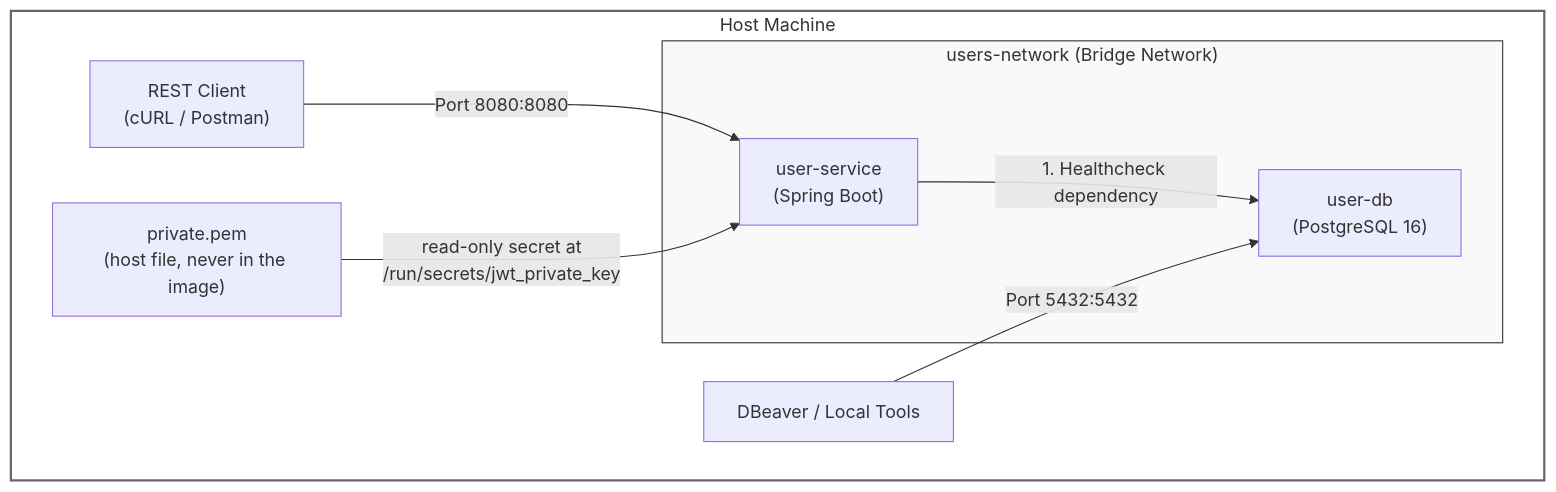
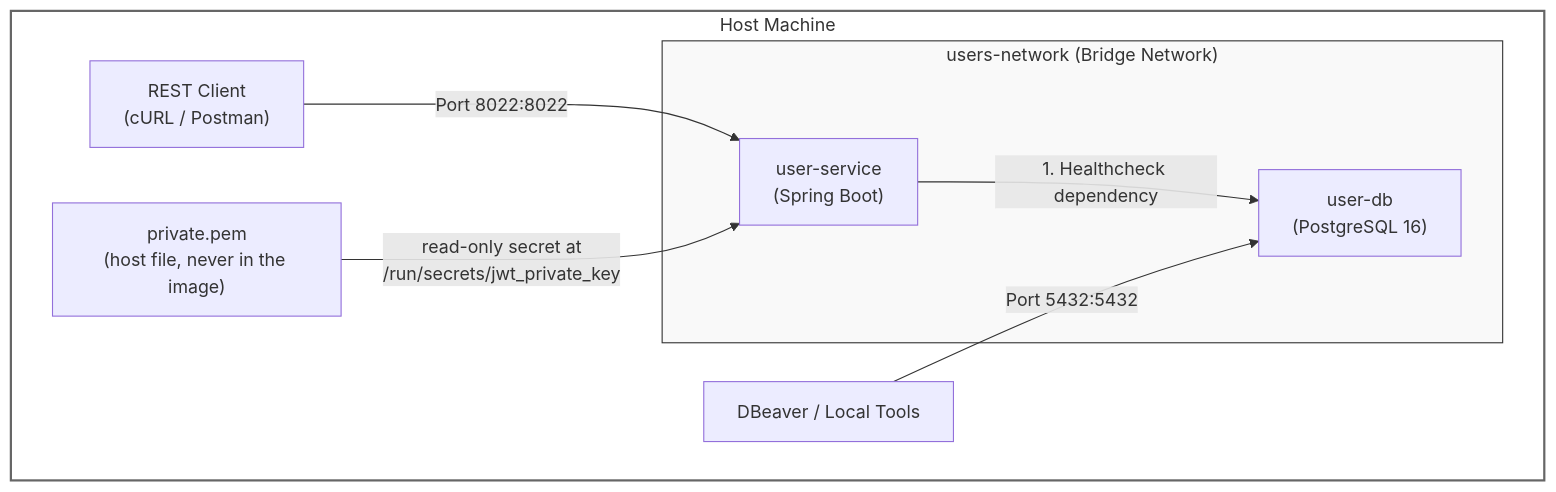
Before and after one commit to ensanguine2279/sctp-aie-m4-assignment-api-users: the diagram in README-docker-compose.md, drawn with Mermaid. The commit also changed other lines of this file and 7 other files, not shown here.

````diff
--- a/README-docker-compose.md
+++ b/README-docker-compose.md
@@ -9,21 +9,21 @@
 ```mermaid
 graph TD
     subgraph Host ["Host Machine"]
         subgraph Bridge ["users-network (Bridge Network)"]
             DB["user-db<br/>(PostgreSQL 16)"]
             APP["user-service<br/>(Spring Boot)"]
         end
 
         DB_TOOL["DBeaver / Local Tools"]
         REST_TOOL["REST Client<br/>(cURL / Postman)"]
         KEY["private.pem<br/>(host file, never in the image)"]
     end
 
     APP -- "1. Healthcheck dependency" --> DB
     DB_TOOL -- "Port 5432:5432" --> DB
-    REST_TOOL -- "Port 8080:8080" --> APP
+    REST_TOOL -- "Port 8022:8022" --> APP
     KEY -- "read-only secret at<br/>/run/secrets/jwt_private_key" --> APP
 
     style Bridge fill:#f9f9f9,stroke:#333,stroke-width:1px
     style Host fill:#ffffff,stroke:#666,stroke-width:2px
 ```
````
